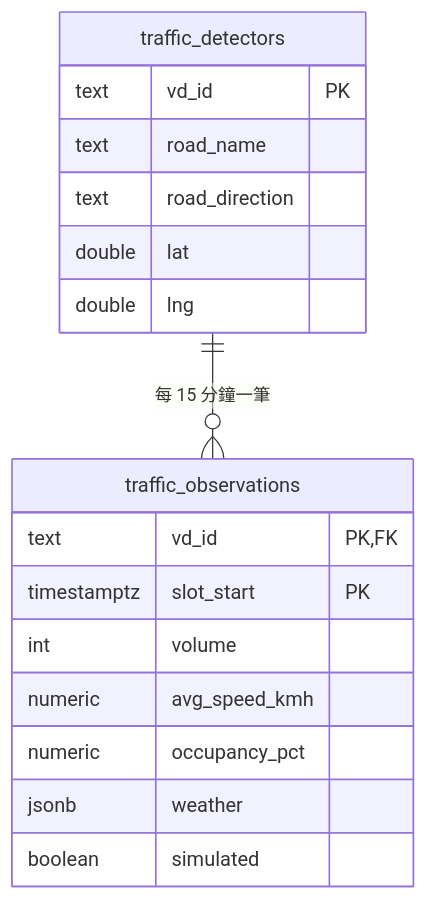
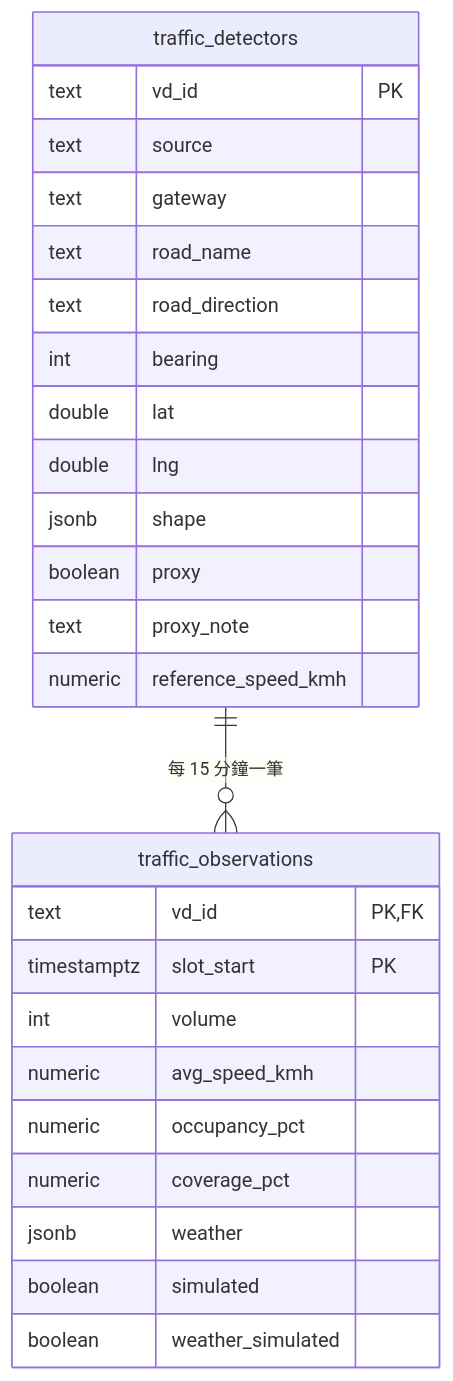
Diagram 11 of 15 in docs/design.md (sohoffice/debugthon-carpool), drawn with Mermaid before and after one commit. The commit also changed other lines of this file and 1 other file, not shown here.

````diff
--- a/docs/design.md
+++ b/docs/design.md
@@ -1297,21 +1297,30 @@
 ```mermaid
 erDiagram
     traffic_detectors ||--o{ traffic_observations : "每 15 分鐘一筆"
 
     traffic_detectors {
         text vd_id PK
+        text source
+        text gateway
         text road_name
         text road_direction
+        int bearing
         double lat
         double lng
+        jsonb shape
+        boolean proxy
+        text proxy_note
+        numeric reference_speed_kmh
     }
     traffic_observations {
         text vd_id PK, FK
         timestamptz slot_start PK
         int volume
         numeric avg_speed_kmh
         numeric occupancy_pct
+        numeric coverage_pct
         jsonb weather
         boolean simulated
+        boolean weather_simulated
     }
 ```
````
